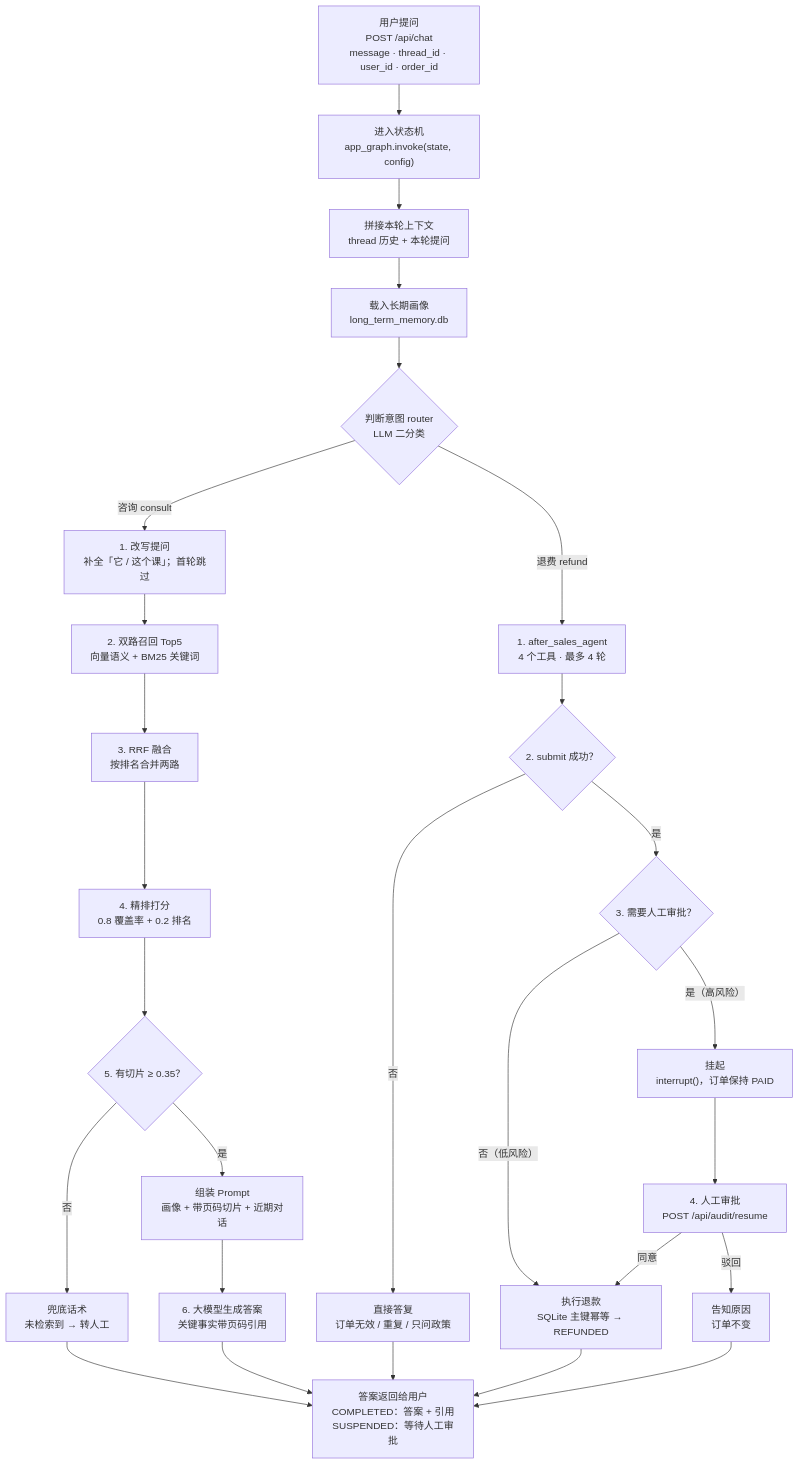
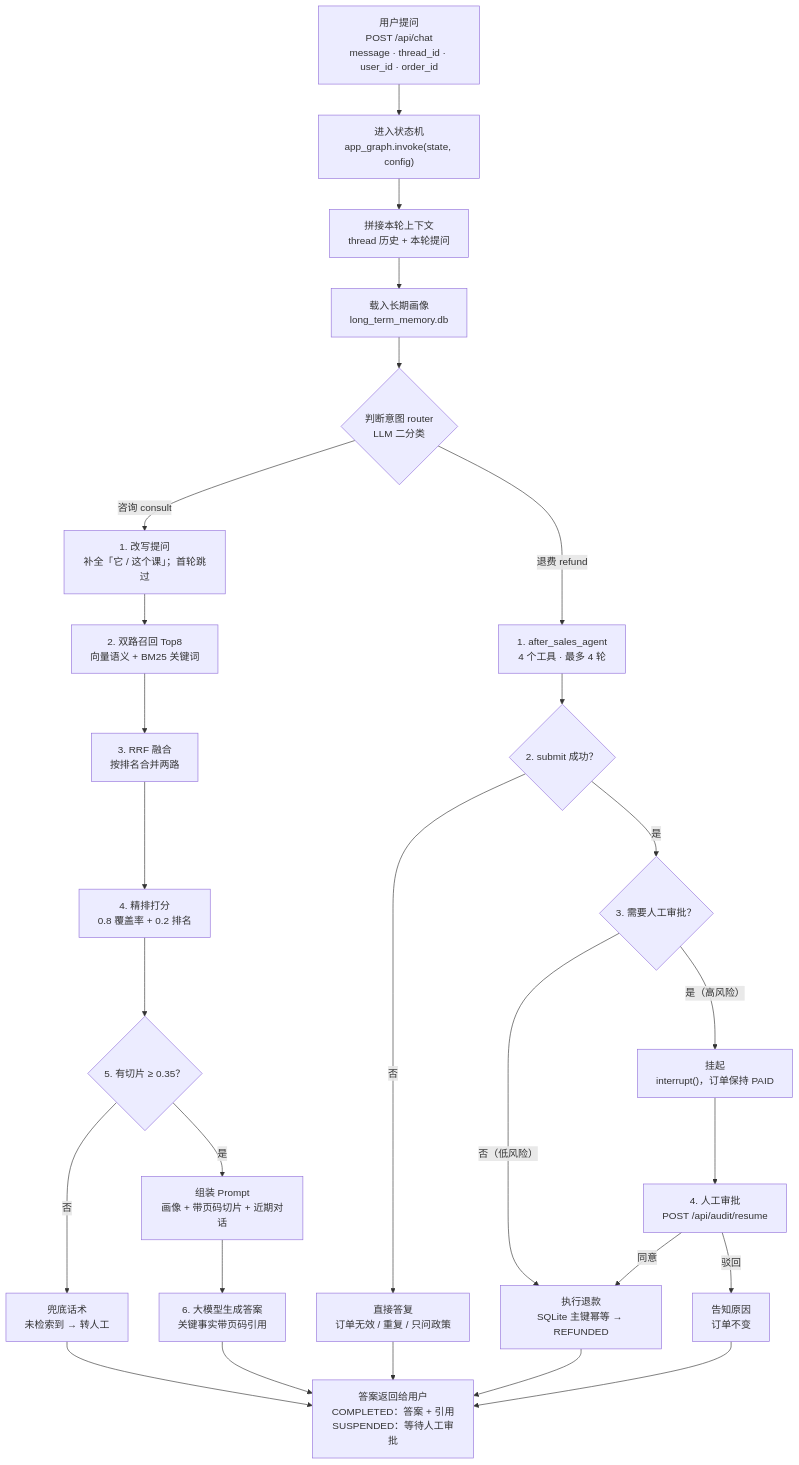
Before and after one commit to qzbxxx/edu-Agent: the first of 2 diagrams in docs/问答流程图.md, drawn with Mermaid. The commit also changed 13 other files, not shown here.

````diff
--- a/docs/问答流程图.md
+++ b/docs/问答流程图.md
@@ -10,33 +10,33 @@
 ```mermaid
 flowchart TD
     Q["用户提问<br/>POST /api/chat<br/>message · thread_id · user_id · order_id"]
     Q --> A["进入状态机<br/>app_graph.invoke(state, config)"]
     A --> B["拼接本轮上下文<br/>thread 历史 + 本轮提问"]
     B --> C["载入长期画像<br/>long_term_memory.db"]
     C --> D{"判断意图 router<br/>LLM 二分类"}
 
     D -->|"咨询 consult"| E1["1. 改写提问<br/>补全「它 / 这个课」；首轮跳过"]
-    E1 --> E2["2. 双路召回 Top5<br/>向量语义 + BM25 关键词"]
+    E1 --> E2["2. 双路召回 Top8<br/>向量语义 + BM25 关键词"]
     E2 --> E3["3. RRF 融合<br/>按排名合并两路"]
     E3 --> E4["4. 精排打分<br/>0.8 覆盖率 + 0.2 排名"]
     E4 --> E5{"5. 有切片 ≥ 0.35？"}
     E5 -->|"否"| E6["兜底话术<br/>未检索到 → 转人工"]
     E5 -->|"是"| E7["组装 Prompt<br/>画像 + 带页码切片 + 近期对话"]
     E7 --> E8["6. 大模型生成答案<br/>关键事实带页码引用"]
 
     D -->|"退费 refund"| F1["1. after_sales_agent<br/>4 个工具 · 最多 4 轮"]
     F1 --> F2{"2. submit 成功？"}
     F2 -->|"否"| F3["直接答复<br/>订单无效 / 重复 / 只问政策"]
     F2 -->|"是"| F4{"3. 需要人工审批？"}
     F4 -->|"否（低风险）"| F5["执行退款<br/>SQLite 主键幂等 → REFUNDED"]
     F4 -->|"是（高风险）"| F6["挂起<br/>interrupt()，订单保持 PAID"]
     F6 --> F7["4. 人工审批<br/>POST /api/audit/resume"]
     F7 -->|"同意"| F5
     F7 -->|"驳回"| F8["告知原因<br/>订单不变"]
 
     E6 --> Z["答案返回给用户<br/>COMPLETED：答案 + 引用<br/>SUSPENDED：等待人工审批"]
     E8 --> Z
     F3 --> Z
     F5 --> Z
     F8 --> Z
 ```
````
